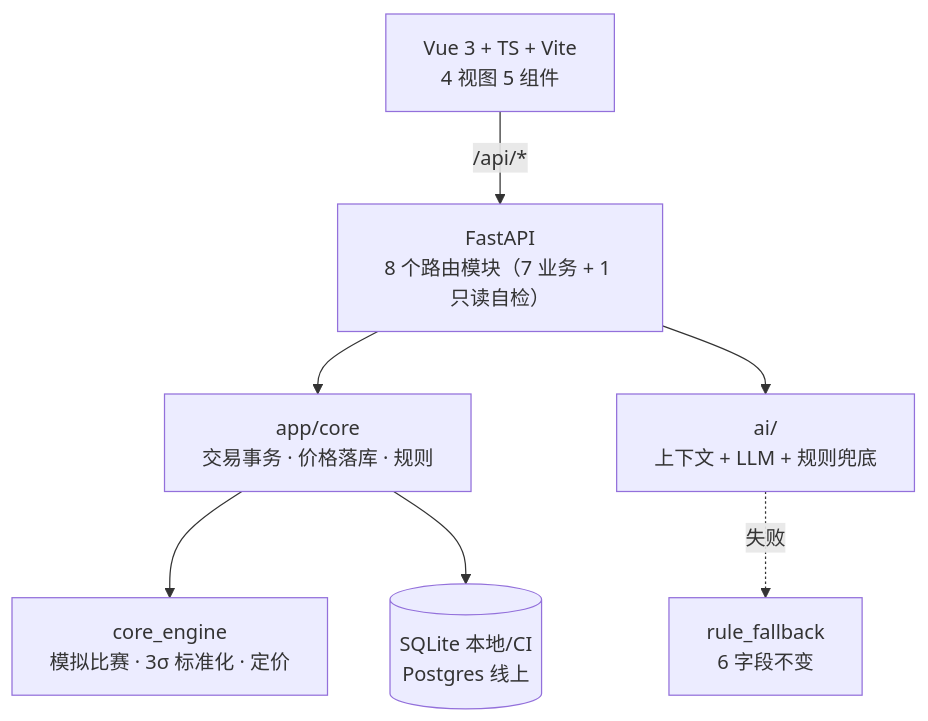
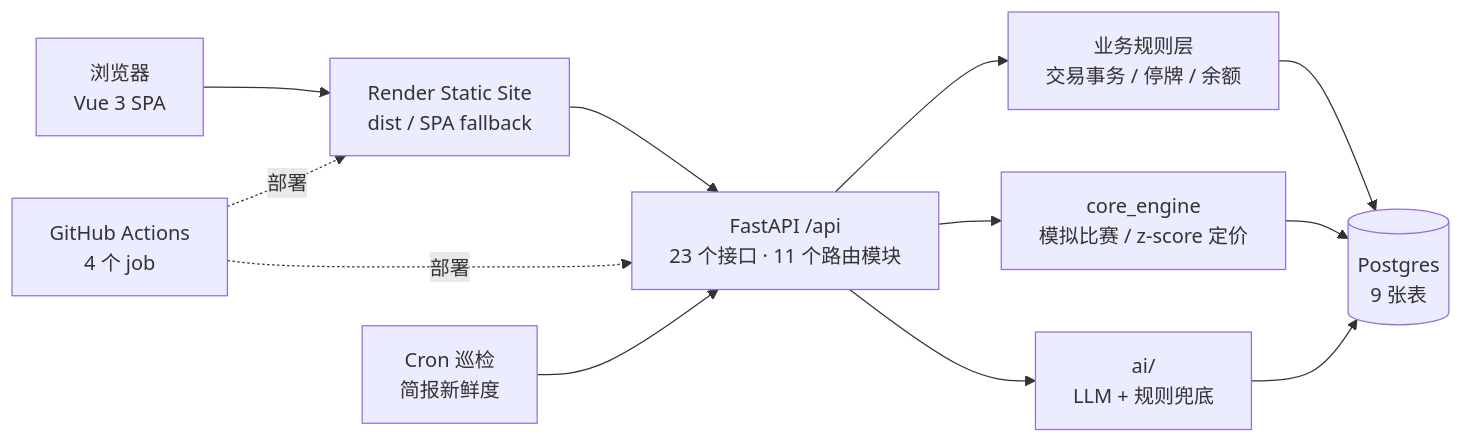
Before and after one commit to July75-bit/Innovation: the first of 2 diagrams in docs/presentation/slides.md, drawn with Mermaid. The commit also changed other lines of this file and 4 other files, not shown here.

First line of the commit message:
docs(presentation): 答辩稿改用 Slidev（17 页，Mermaid 架构/ER 图）

````diff
--- a/docs/presentation/slides.md
+++ b/docs/presentation/slides.md
@@ -308,9 +261,14 @@
 ```mermaid
-flowchart TB
-  UI["Vue 3 + TS + Vite<br/>4 视图 5 组件"] -->|"/api/*"| API["FastAPI<br/>8 个路由模块（7 业务 + 1 只读自检）"]
-  API --> CORE["app/core<br/>交易事务 · 价格落库 · 规则"]
-  API --> AI["ai/<br/>上下文 + LLM + 规则兜底"]
-  CORE --> ENGINE["core_engine<br/>模拟比赛 · 3σ 标准化 · 定价"]
-  CORE --> DB[("SQLite 本地/CI<br/>Postgres 线上")]
-  AI -.失败.-> FALLBACK["rule_fallback<br/>6 字段不变"]
+flowchart LR
+  B["浏览器<br/>Vue 3 SPA"] --> S["Render Static Site<br/>dist / SPA fallback"]
+  S --> A["FastAPI /api<br/>23 个接口 · 11 个路由模块"]
+  A --> R["业务规则层<br/>交易事务 / 停牌 / 余额"]
+  A --> C["core_engine<br/>模拟比赛 / z-score 定价"]
+  A --> I["ai/<br/>LLM + 规则兜底"]
+  R --> D[("Postgres<br/>9 张表")]
+  C --> D
+  I --> D
+  G["GitHub Actions<br/>4 个 job"] -.部署.-> S
+  G -.部署.-> A
+  H["Cron 巡检<br/>简报新鲜度"] --> A
 ```
````
